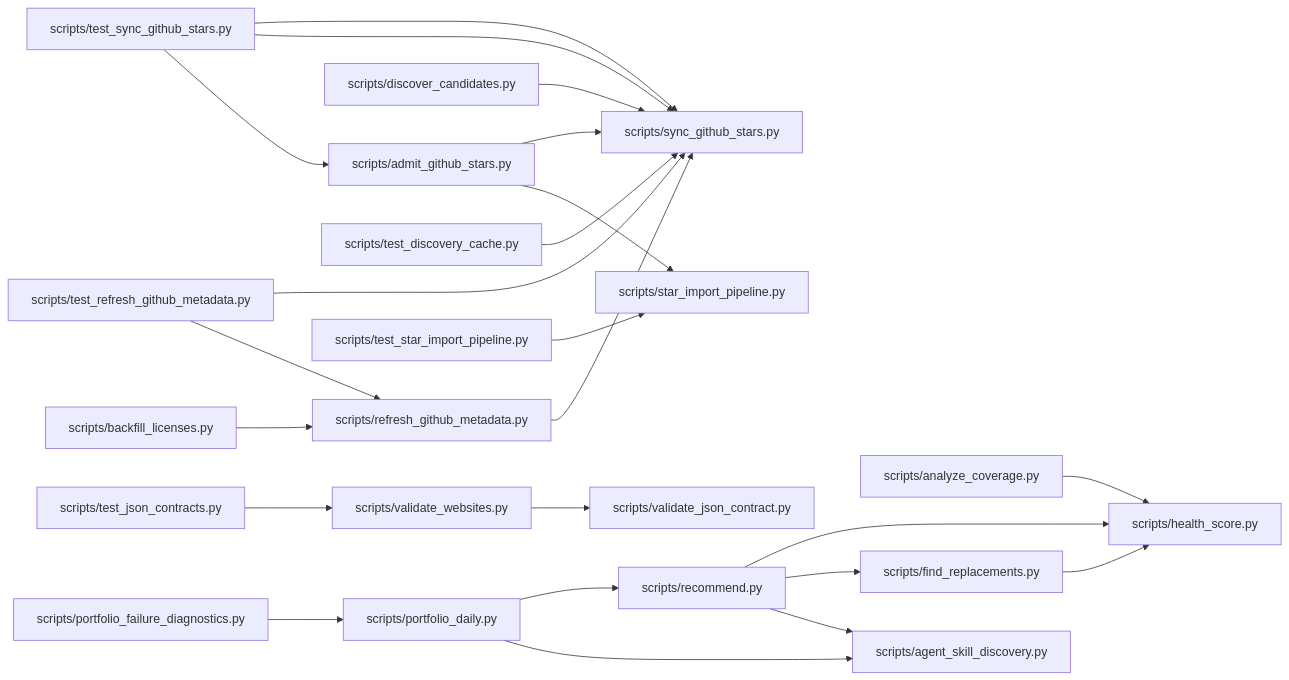
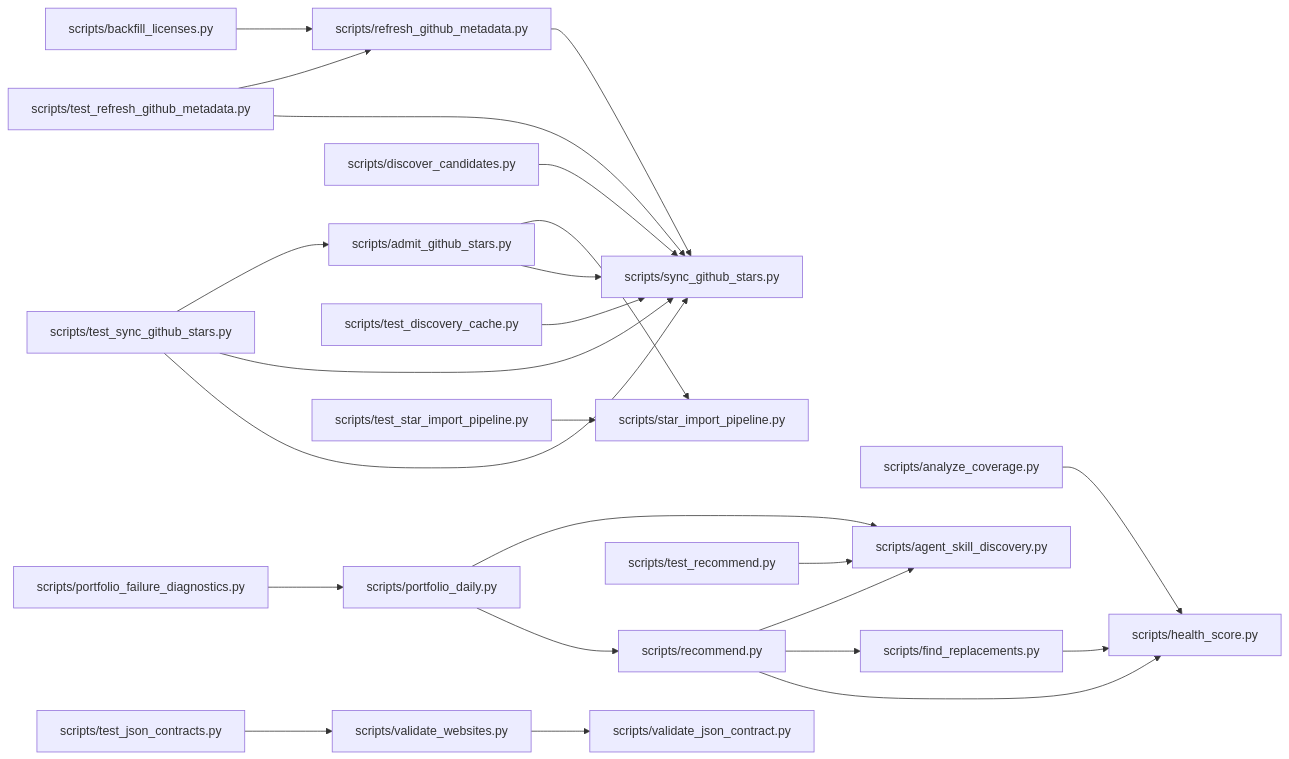
Before and after one commit to dbrckk/star-list: the diagram in .ai/brain/architecture.mmd, drawn with Mermaid. The commit also changed 67 other files, not shown here.

```diff
--- a/.ai/brain/architecture.mmd
+++ b/.ai/brain/architecture.mmd
@@ -1,23 +1,24 @@
 flowchart LR
   n8d03612ec4["scripts/admit_github_stars.py"] --> n83b2d4016a["scripts/star_import_pipeline.py"]
   n8d03612ec4["scripts/admit_github_stars.py"] --> n9ec765cbfe["scripts/sync_github_stars.py"]
   n493b546fce["scripts/analyze_coverage.py"] --> n61da7feb3f["scripts/health_score.py"]
   nbea452dbc9["scripts/backfill_licenses.py"] --> n673a0bb367["scripts/refresh_github_metadata.py"]
   n19fd372d41["scripts/discover_candidates.py"] --> n9ec765cbfe["scripts/sync_github_stars.py"]
   n3c5af248bc["scripts/find_replacements.py"] --> n61da7feb3f["scripts/health_score.py"]
   n9c65ddcee9["scripts/portfolio_daily.py"] --> n6f6651784c["scripts/agent_skill_discovery.py"]
   n9c65ddcee9["scripts/portfolio_daily.py"] --> n6b33751c21["scripts/recommend.py"]
   nc1854cfb67["scripts/portfolio_failure_diagnostics.py"] --> n9c65ddcee9["scripts/portfolio_daily.py"]
   n6b33751c21["scripts/recommend.py"] --> n6f6651784c["scripts/agent_skill_discovery.py"]
   n6b33751c21["scripts/recommend.py"] --> n3c5af248bc["scripts/find_replacements.py"]
   n6b33751c21["scripts/recommend.py"] --> n61da7feb3f["scripts/health_score.py"]
   n673a0bb367["scripts/refresh_github_metadata.py"] --> n9ec765cbfe["scripts/sync_github_stars.py"]
   n5d2467085c["scripts/test_discovery_cache.py"] --> n9ec765cbfe["scripts/sync_github_stars.py"]
   n116275bc4e["scripts/test_json_contracts.py"] --> nd96d7a95bb["scripts/validate_websites.py"]
+  n351bd21466["scripts/test_recommend.py"] --> n6f6651784c["scripts/agent_skill_discovery.py"]
   nfc3af7e38e["scripts/test_refresh_github_metadata.py"] --> n673a0bb367["scripts/refresh_github_metadata.py"]
   nfc3af7e38e["scripts/test_refresh_github_metadata.py"] --> n9ec765cbfe["scripts/sync_github_stars.py"]
   n0c8a572d8b["scripts/test_star_import_pipeline.py"] --> n83b2d4016a["scripts/star_import_pipeline.py"]
   n895eef35e5["scripts/test_sync_github_stars.py"] --> n8d03612ec4["scripts/admit_github_stars.py"]
   n895eef35e5["scripts/test_sync_github_stars.py"] --> n9ec765cbfe["scripts/sync_github_stars.py"]
   nd96d7a95bb["scripts/validate_websites.py"] --> nbd2a675ab8["scripts/validate_json_contract.py"]
   n895eef35e5["scripts/test_sync_github_stars.py"] --> n9ec765cbfe["scripts/sync_github_stars.py"]
```
